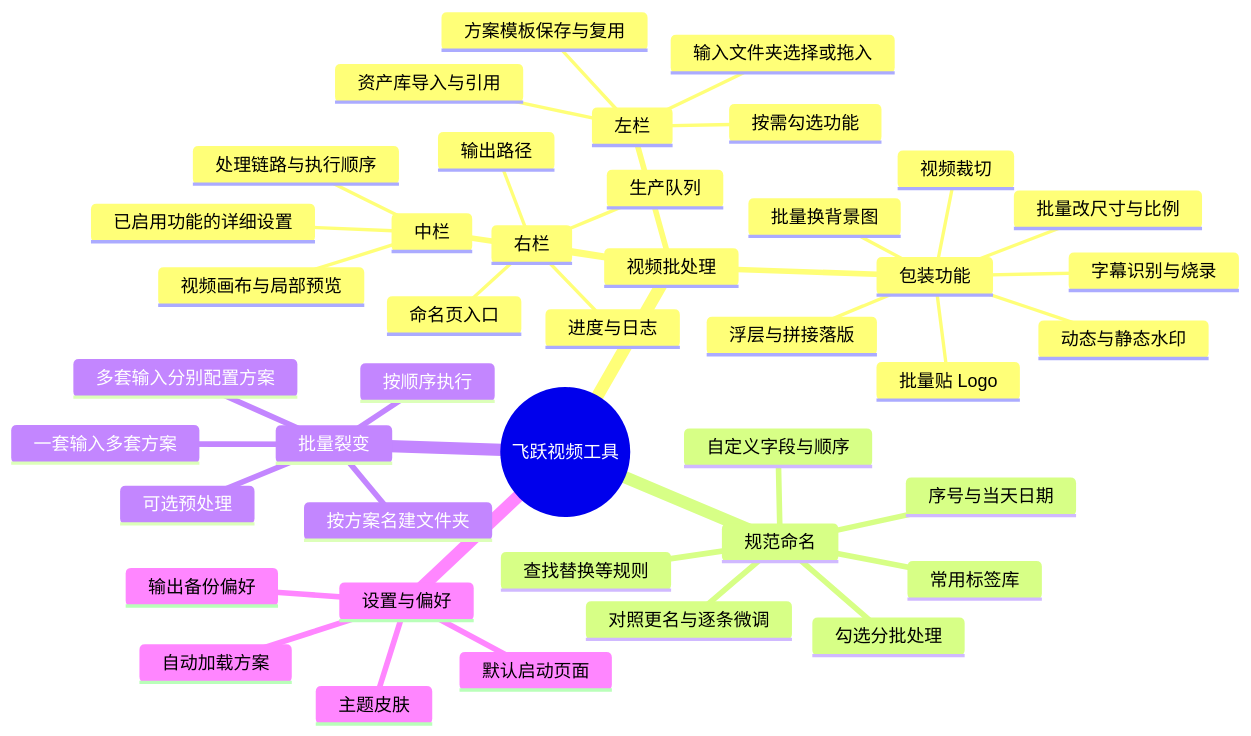
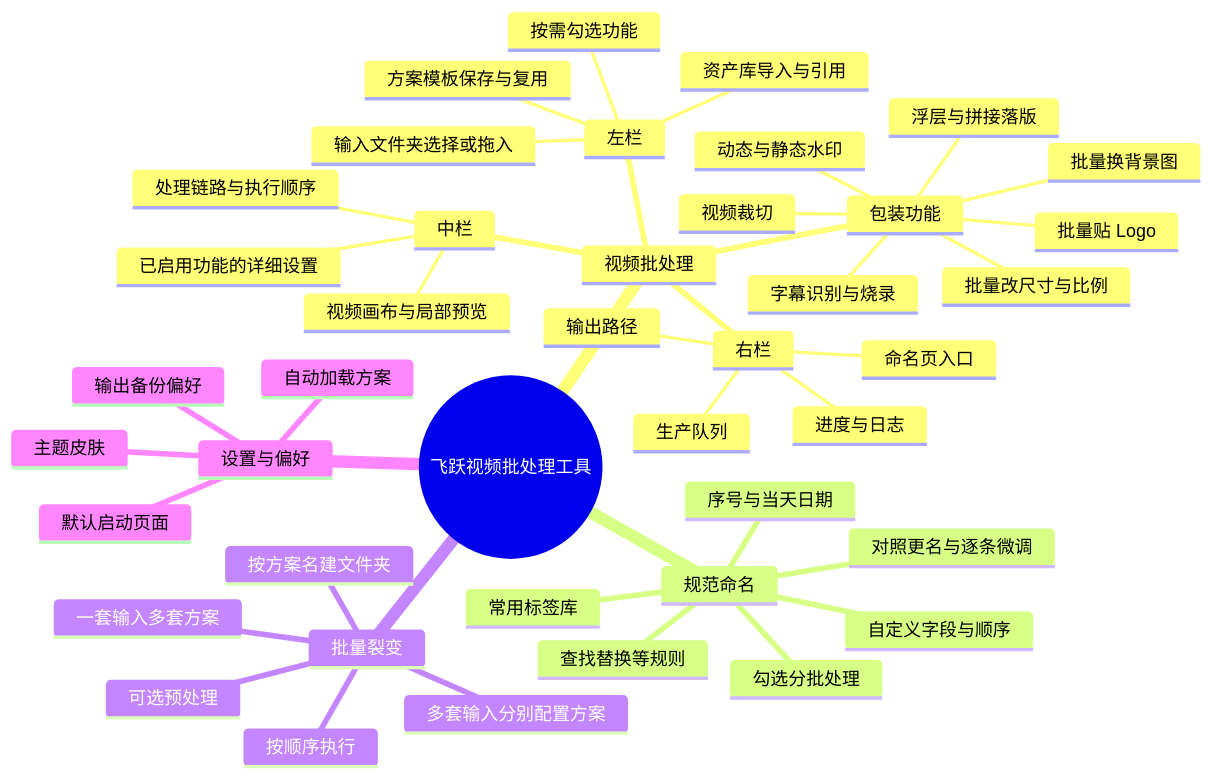
One commit to SasaFreya/feiyue-video-tools changed the first of 2 diagrams in README.md. Above: the diagram before and after it, drawn with Mermaid. The commit also changed other lines of this file and 3 other files, not shown here.

````diff
--- a/README.md
+++ b/README.md
@@ -27,45 +27,45 @@
 ```mermaid
 mindmap
-  root((飞跃视频工具))
+  root((飞跃视频批处理工具))
     视频批处理
       左栏
         输入文件夹选择或拖入
         方案模板保存与复用
         资产库导入与引用
         按需勾选功能
       中栏
         处理链路与执行顺序
         已启用功能的详细设置
         视频画布与局部预览
       右栏
         输出路径
         命名页入口
         生产队列
         进度与日志
       包装功能
         视频裁切
         批量改尺寸与比例
         批量换背景图
         批量贴 Logo
         动态与静态水印
         浮层与拼接落版
         字幕识别与烧录
     规范命名
       自定义字段与顺序
       序号与当天日期
       常用标签库
       查找替换等规则
       对照更名与逐条微调
       勾选分批处理
     批量裂变
       一套输入多套方案
       多套输入分别配置方案
       可选预处理
       按顺序执行
       按方案名建文件夹
     设置与偏好
       默认启动页面
       自动加载方案
       主题皮肤
       输出备份偏好
 ```
````
